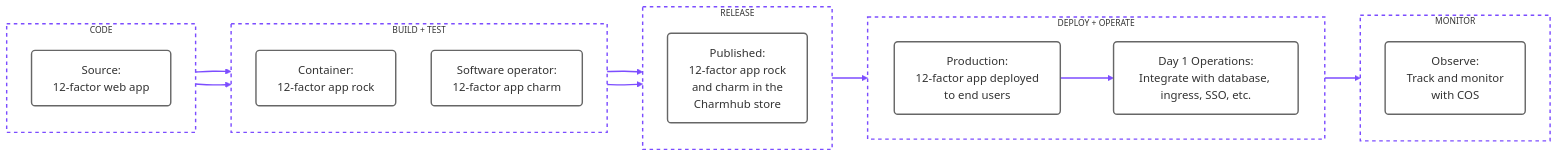
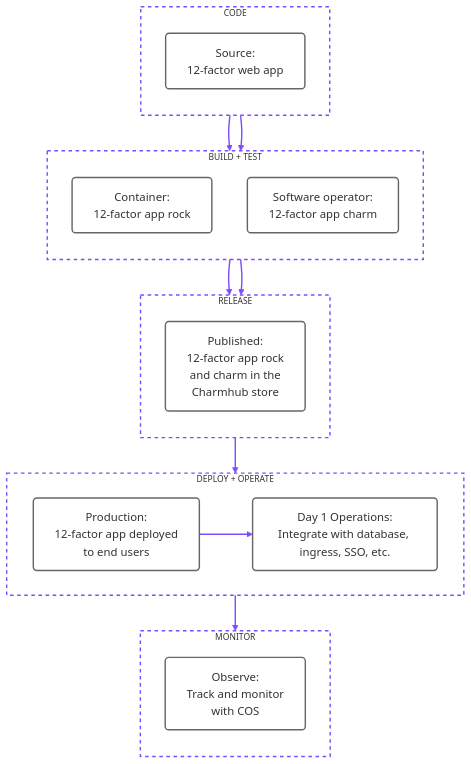
Before and after one commit to canonical/paas-charm: the diagram in docs/explanation/index.rst, drawn with Mermaid (forest theme).

Commit message:
update diagram

```diff
--- a/docs/explanation/index.rst
+++ b/docs/explanation/index.rst
@@ -69,62 +69,62 @@
 .. mermaid::
 
-    flowchart LR
+    flowchart TD
     %% -- Styling Classes --
     classDef nodeBox fill:#fff,stroke:#666,stroke-width:2px,color:#333,rx:5,ry:5,text-align:center;
     classDef groupContainer fill:none,stroke:#7c4dff,stroke-width:2px,stroke-dasharray: 5 5,color:#333,font-size:12px;
     
     %% -- Main Flow Styling --
     linkStyle default stroke:#7c4dff,stroke-width:2px,fill:none;
 
     %% -- Phase 1 --
     subgraph P1 ["CODE"]
         direction TB
         Node1["Source:<br/>12-factor web app"]:::nodeBox
     end
 
     %% -- Phase 2 --
     subgraph P2 ["BUILD + TEST"]
         direction TB
         Node2["Container:<br/>12-factor app rock"]:::nodeBox
         Node3["Software operator:<br/>12-factor app charm"]:::nodeBox
     end
 
     %% -- Phase 3 --
     subgraph P3 ["RELEASE"]
         direction TB
         Node4["Published:<br/>12-factor app rock<br/>and charm in the<br/>Charmhub store"]:::nodeBox
     end
 
     %% -- Phase 4 --
     subgraph P4 ["DEPLOY + OPERATE"]
         direction LR
         Node5["Production:<br/>12-factor app deployed<br/>to end users"]:::nodeBox
         Node6["Day 1 Operations:<br/>Integrate with database, ingress, SSO, etc."]:::nodeBox
         
         %% Internal Link (Grey)
         Node5 --> Node6
     end
 
     %% -- Phase 5 --
     subgraph P5 ["MONITOR"]
         direction TB
         Node7["Observe: <br/> Track and monitor<br/>with COS"]:::nodeBox
     end
 
     %% -- Connections --
     %% Connect Source to the first item in Build
     Node1 --> Node2
     Node1 --> Node3
     
     %% Connect both Build items to Release
     Node2 --> Node4
     Node3 --> Node4
     
     %% Connect Release to Deploy
     Node4 --> Node5
     
     %% Connect Deploy to Monitor
     Node6 --> Node7
 
     %% -- Apply Group Styles --
     class P1,P2,P3,P4,P5 groupContainer
```
